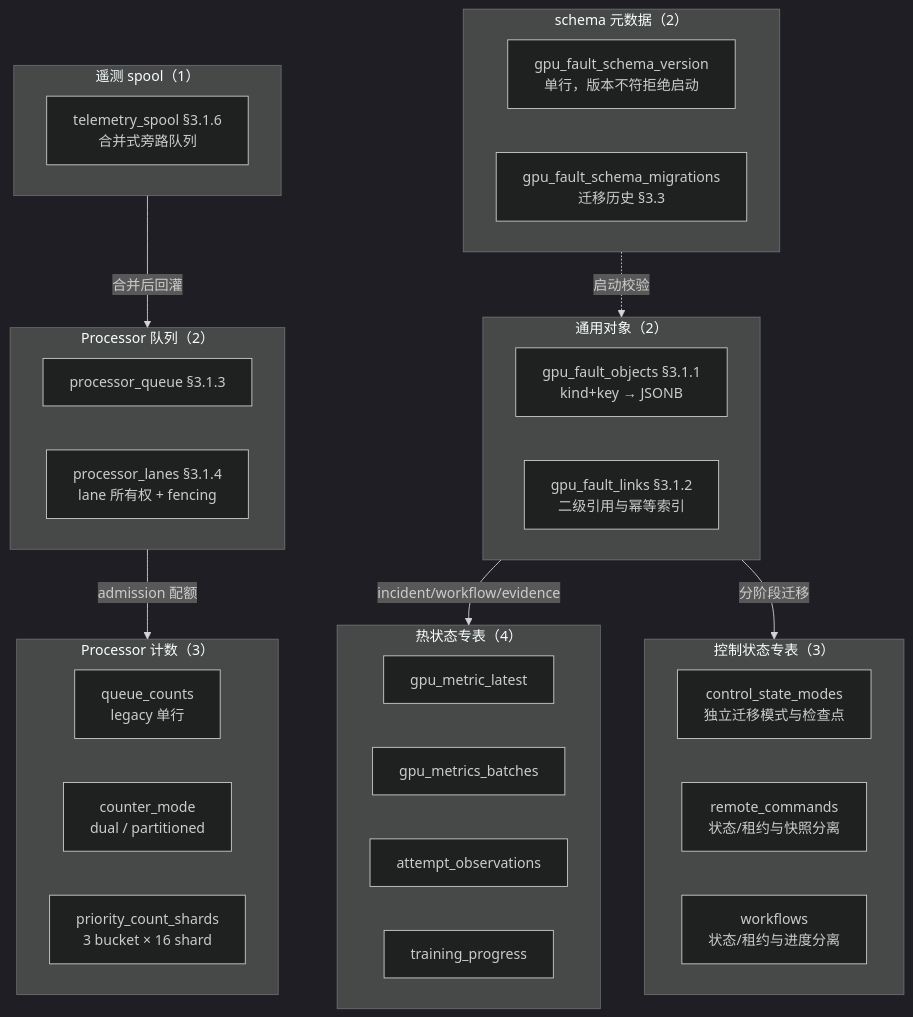
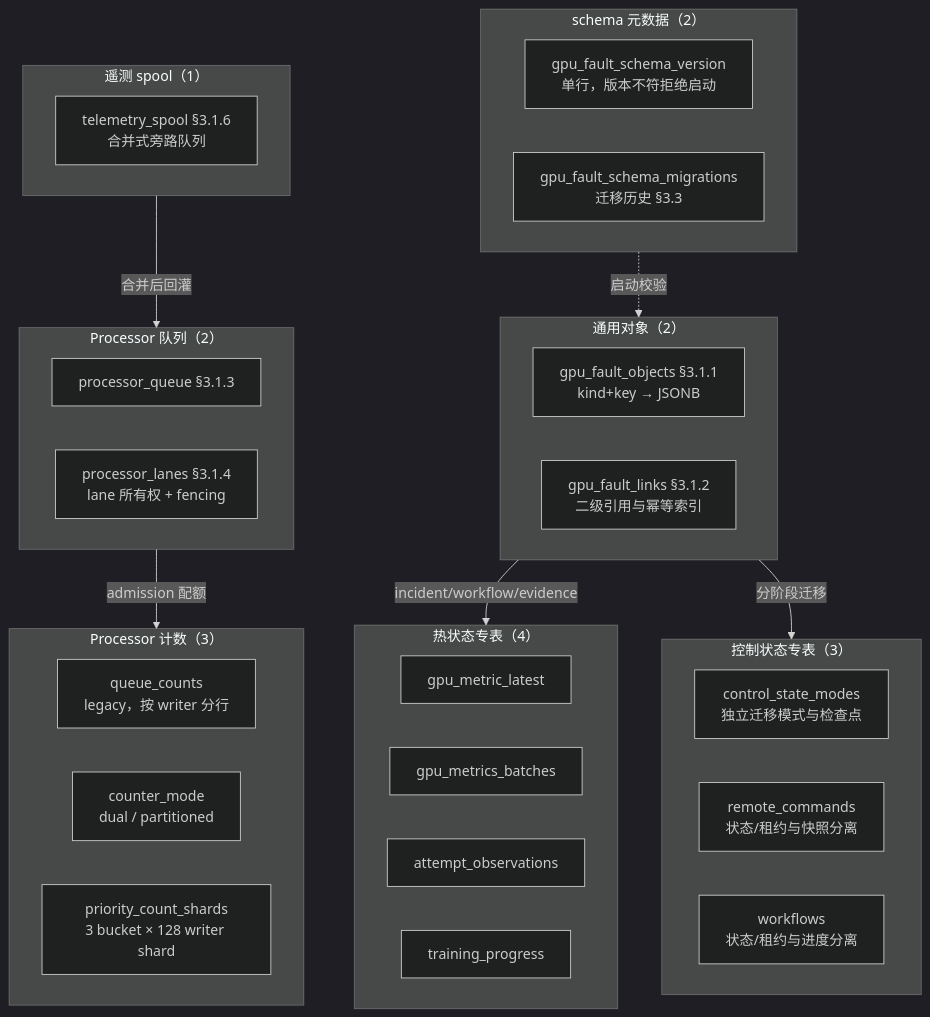
Before and after one commit to yuhuiaws/GPU-Fault-Recovery-System: the ninth of 9 diagrams in docs/详细设计.md, drawn with Mermaid (dark theme). The commit also changed other lines of this file and 38 other files, not shown here.

````diff
--- a/docs/详细设计.md
+++ b/docs/详细设计.md
@@ -3158,40 +3158,40 @@
 ```mermaid
 flowchart TB
     subgraph G1["schema 元数据（2）"]
         T1["gpu_fault_schema_version<br/>单行，版本不符拒绝启动"]
         T2["gpu_fault_schema_migrations<br/>迁移历史 §3.3"]
     end
     subgraph G2["通用对象（2）"]
         T3["gpu_fault_objects §3.1.1<br/>kind+key → JSONB"]
         T4["gpu_fault_links §3.1.2<br/>二级引用与幂等索引"]
     end
     subgraph G3["热状态专表（4）"]
         T5["gpu_metric_latest"]
         T6["gpu_metrics_batches"]
         T7["attempt_observations"]
         T8["training_progress"]
     end
     subgraph G4["Processor 队列（2）"]
         T9["processor_queue §3.1.3"]
         T10["processor_lanes §3.1.4<br/>lane 所有权 + fencing"]
     end
     subgraph G5["Processor 计数（3）"]
-        T11["queue_counts<br/>legacy 单行"]
+        T11["queue_counts<br/>legacy，按 writer 分行"]
         T12["counter_mode<br/>dual / partitioned"]
-        T13["priority_count_shards<br/>3 bucket × 16 shard"]
+        T13["priority_count_shards<br/>3 bucket × 128 writer shard"]
     end
     subgraph G6["遥测 spool（1）"]
         T14["telemetry_spool §3.1.6<br/>合并式旁路队列"]
     end
     subgraph G7["控制状态专表（3）"]
         T15["control_state_modes<br/>独立迁移模式与检查点"]
         T16["remote_commands<br/>状态/租约与快照分离"]
         T17["workflows<br/>状态/租约与进度分离"]
     end
 
     G1 -.->|启动校验| G2
     G4 -->|admission 配额| G5
     G6 -->|合并后回灌| G4
     G2 -->|incident/workflow/evidence| G3
     G2 -->|分阶段迁移| G7
 ```
````
